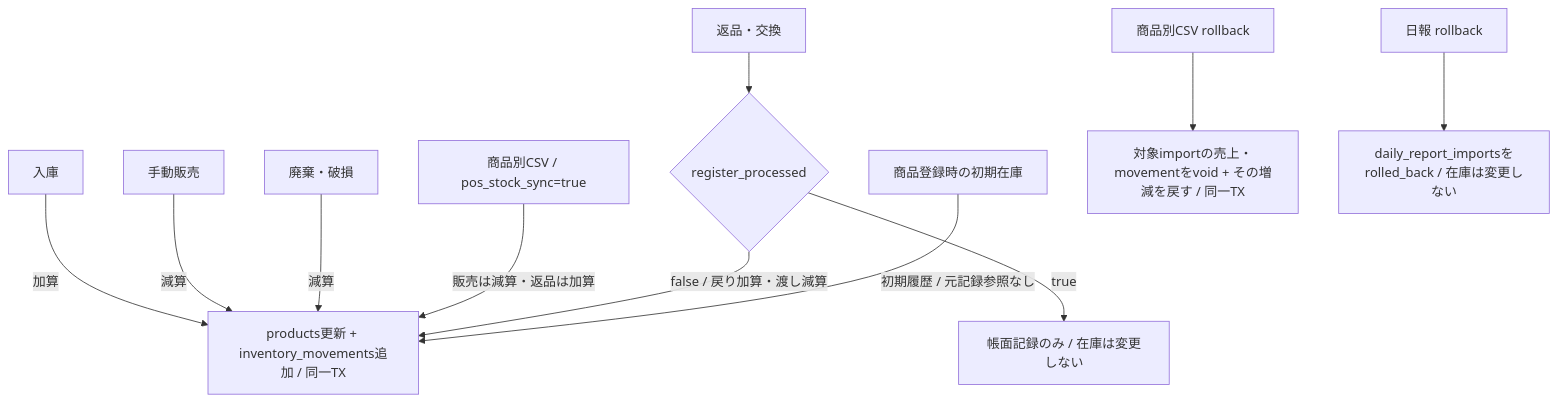
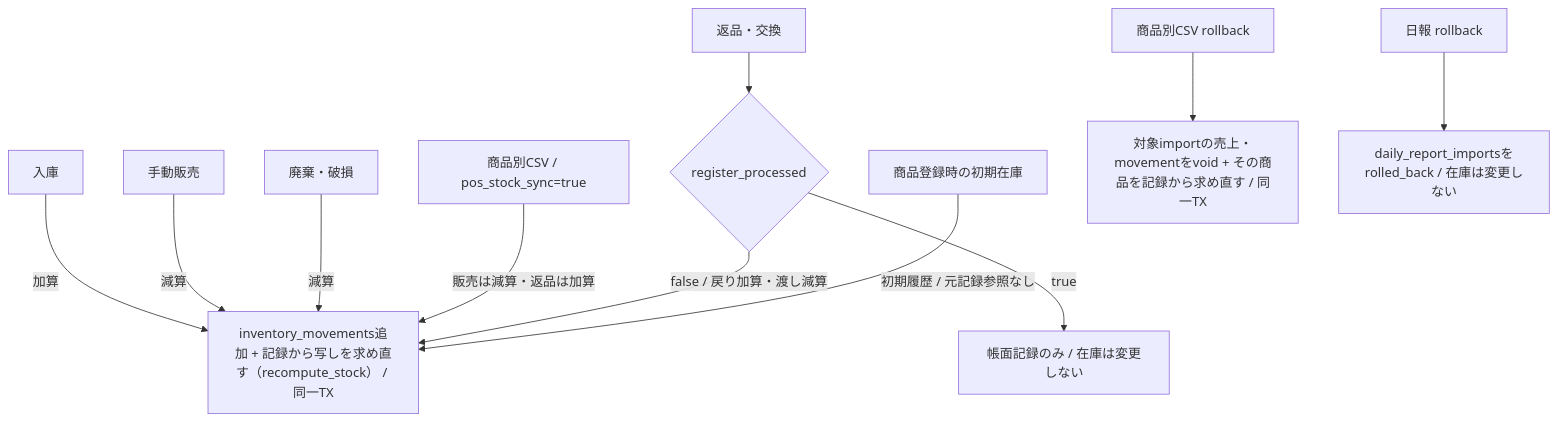
One commit to kosei-w90607/inventory-system-desktop changed the fifth of 7 diagrams in docs/diagrams/current-system.md. Above: the diagram before and after it, drawn with Mermaid. The commit also changed other lines of this file and 15 other files, not shown here.

First line of the commit message:
docs(dashboard): Plans・project-memory・DB_DESIGN・SCREEN_DESIGN・ARCHITECTURE・図面を今の build と採用済みの方針に合わせる（S4）

````diff
--- a/docs/diagrams/current-system.md
+++ b/docs/diagrams/current-system.md
@@ -174,13 +174,13 @@
 ```mermaid
 flowchart TB
-  RECEIVE[入庫] -->|加算| CHANGE[products更新 + inventory_movements追加 / 同一TX]
+  RECEIVE[入庫] -->|加算| CHANGE[inventory_movements追加 + 記録から写しを求め直す（recompute_stock） / 同一TX]
   MANUAL[手動販売] -->|減算| CHANGE
   DISPOSAL[廃棄・破損] -->|減算| CHANGE
   Z4[商品別CSV / pos_stock_sync=true] -->|販売は減算・返品は加算| CHANGE
   RETURN[返品・交換] --> REG{register_processed}
   REG -->|false / 戻り加算・渡し減算| CHANGE
   REG -->|true| KEEP[帳面記録のみ / 在庫は変更しない]
   INITIAL[商品登録時の初期在庫] -->|初期履歴 / 元記録参照なし| CHANGE
-  ROLLBACK[商品別CSV rollback] --> VOID[対象importの売上・movementをvoid + その増減を戻す / 同一TX]
+  ROLLBACK[商品別CSV rollback] --> VOID[対象importの売上・movementをvoid + その商品を記録から求め直す / 同一TX]
   DAILY[日報 rollback] --> LOGICAL[daily_report_importsをrolled_back / 在庫は変更しない]
 ```
````
